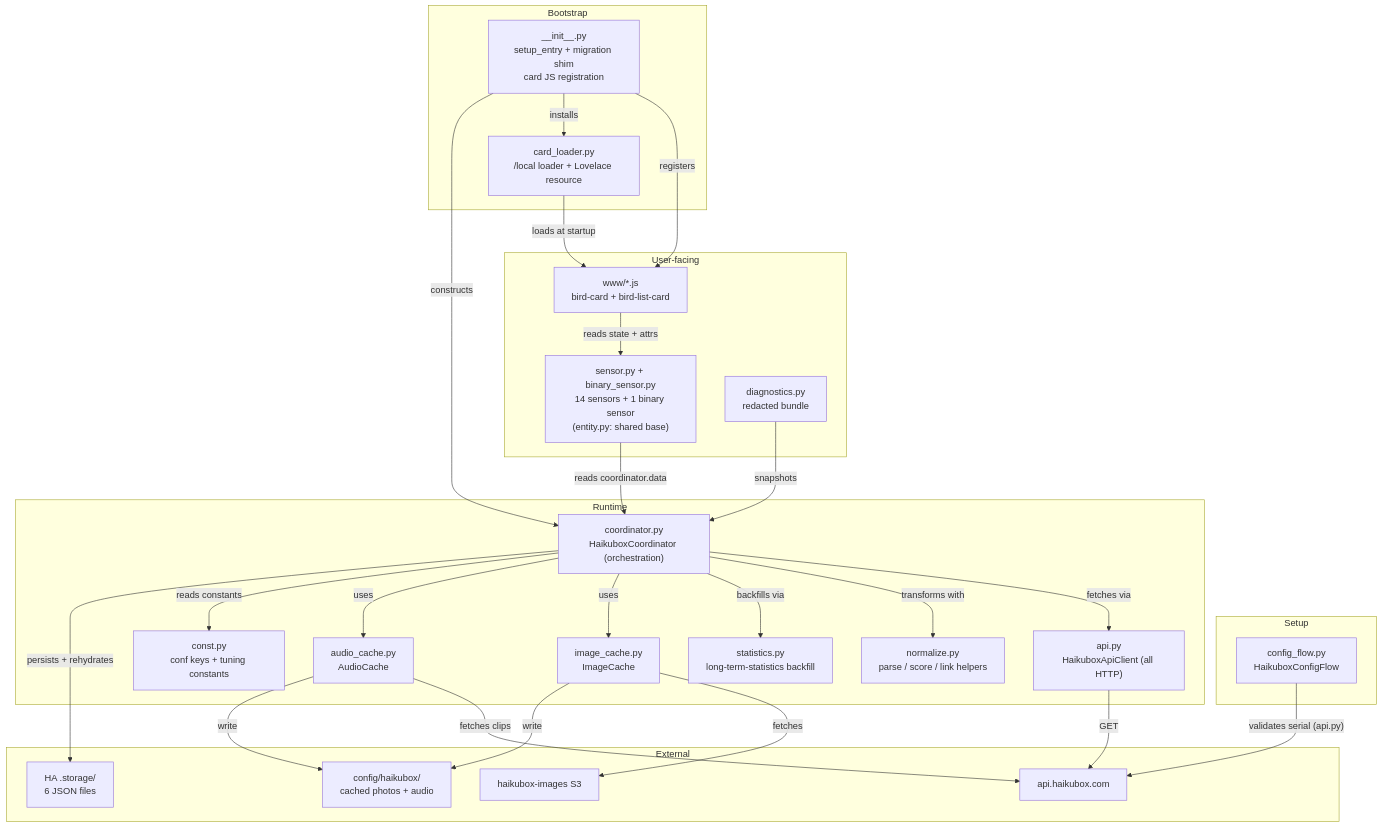
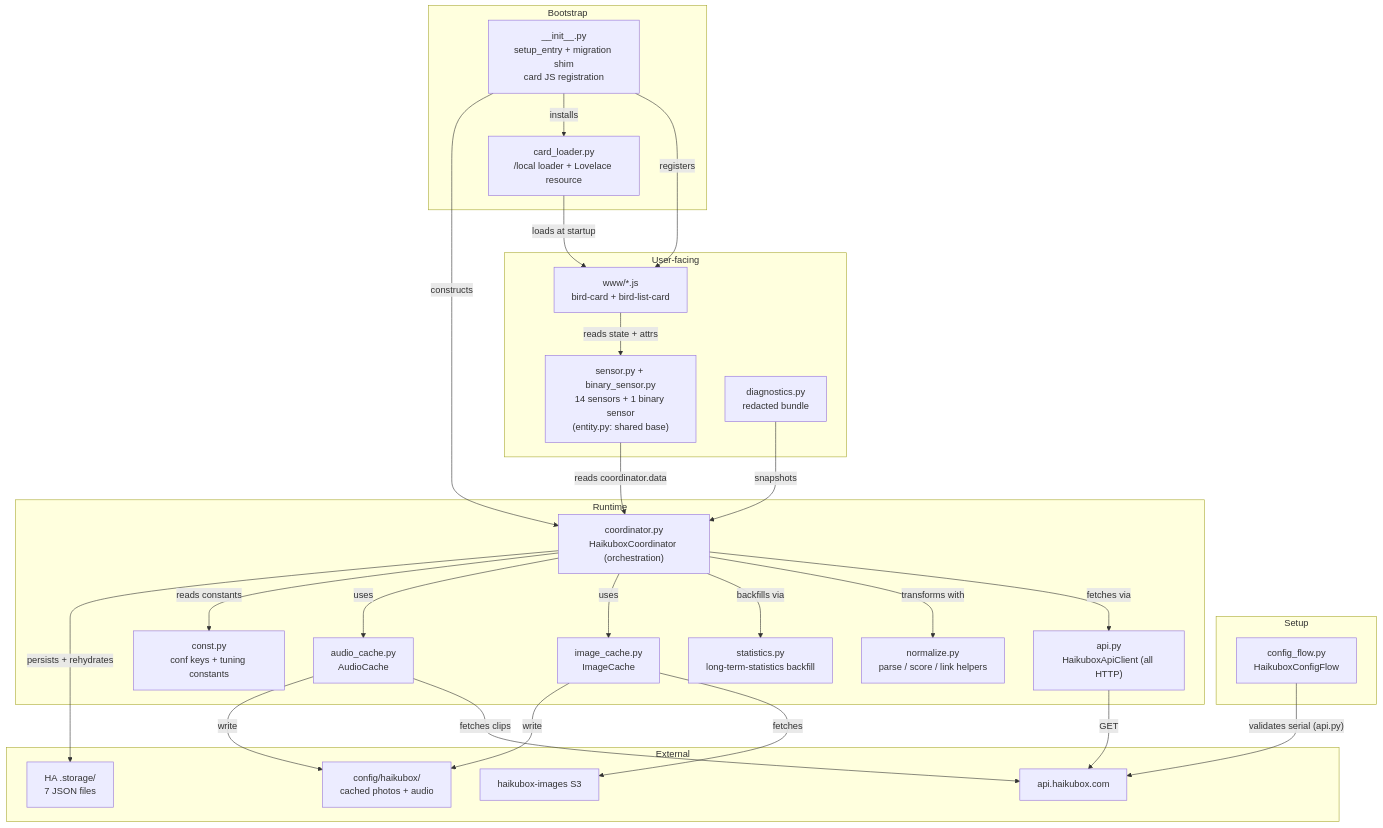
The first of 3 diagrams in docs/architecture.md (eklundjon/ha-haikubox), drawn with Mermaid before and after one commit. The commit also changed other lines of this file and 25 other files, not shown here.

````diff
--- a/docs/architecture.md
+++ b/docs/architecture.md
@@ -9,54 +9,54 @@
 ```mermaid
 graph TB
     subgraph Setup
         ConfigFlow["config_flow.py<br/>HaikuboxConfigFlow"]
     end
 
     subgraph Bootstrap
         InitMod["__init__.py<br/>setup_entry + migration shim<br/>card JS registration"]
         Loader["card_loader.py<br/>/local loader + Lovelace resource"]
     end
 
     subgraph Runtime
         Coord["coordinator.py<br/>HaikuboxCoordinator (orchestration)"]
         Api["api.py<br/>HaikuboxApiClient (all HTTP)"]
         Normalize["normalize.py<br/>parse / score / link helpers"]
         Stats["statistics.py<br/>long-term-statistics backfill"]
         Images["image_cache.py<br/>ImageCache"]
         Audio["audio_cache.py<br/>AudioCache"]
         Const["const.py<br/>conf keys + tuning constants"]
     end
 
     subgraph User-facing
         Sensors["sensor.py + binary_sensor.py<br/>14 sensors + 1 binary sensor<br/>(entity.py: shared base)"]
         Cards["www/*.js<br/>bird-card + bird-list-card"]
         Diag["diagnostics.py<br/>redacted bundle"]
     end
 
     subgraph External
         API["api.haikubox.com"]
         S3["haikubox-images S3"]
-        HAStore["HA .storage/<br/>6 JSON files"]
+        HAStore["HA .storage/<br/>7 JSON files"]
         WWW["config/haikubox/<br/>cached photos + audio"]
     end
 
     ConfigFlow -- "validates serial (api.py)" --> API
     InitMod -- "registers" --> Cards
     InitMod -- "installs" --> Loader
     Loader -- "loads at startup" --> Cards
     InitMod -- "constructs" --> Coord
     Coord -- "fetches via" --> Api
     Coord -- "transforms with" --> Normalize
     Coord -- "backfills via" --> Stats
     Coord -- "uses" --> Images
     Coord -- "uses" --> Audio
     Coord -- "reads constants" --> Const
     Coord -- "persists + rehydrates" --> HAStore
     Api -- "GET" --> API
     Images -- "fetches" --> S3
     Audio -- "fetches clips" --> API
     Images & Audio -- "write" --> WWW
     Sensors -- "reads coordinator.data" --> Coord
     Cards -- "reads state + attrs" --> Sensors
     Diag -- "snapshots" --> Coord
 ```
````
